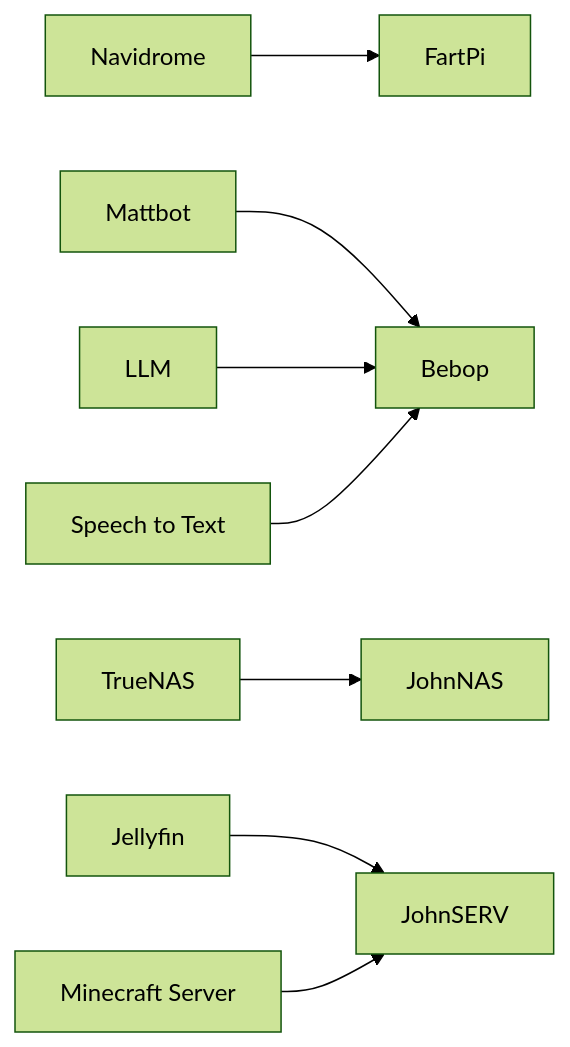
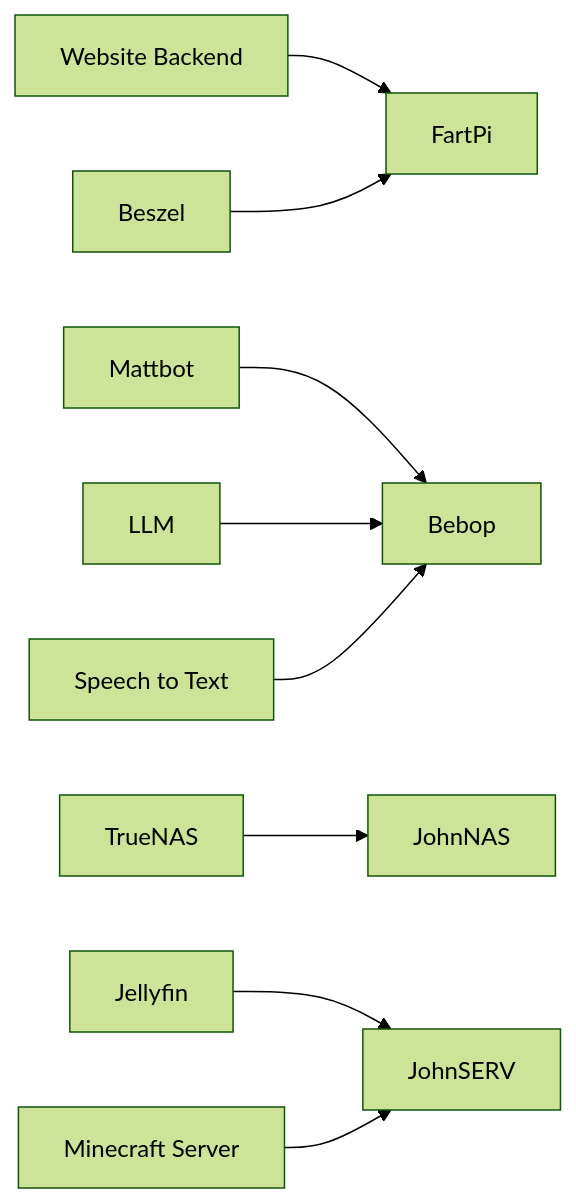
Before and after one commit to Tyler-Schwenk/house-of-good-things: the second of 3 diagrams in docs/BirdWideWeb.md, drawn with Mermaid (forest theme). The commit also changed other lines of this file and 13 other files, not shown here.

````diff
--- a/docs/BirdWideWeb.md
+++ b/docs/BirdWideWeb.md
@@ -70,13 +70,14 @@
 ```mermaid
 flowchart LR
 
-Navidrome --> FartPi
+WebsiteBackend[Website Backend] --> FartPi
+Beszel --> FartPi
 Mattbot --> Bebop
 LLM --> Bebop
 SpeechToText[Speech to Text] --> Bebop
 
 TrueNAS --> JohnNAS
 
 Jellyfin --> JohnSERV
 Minecraft[Minecraft Server] --> JohnSERV
 ```
````
